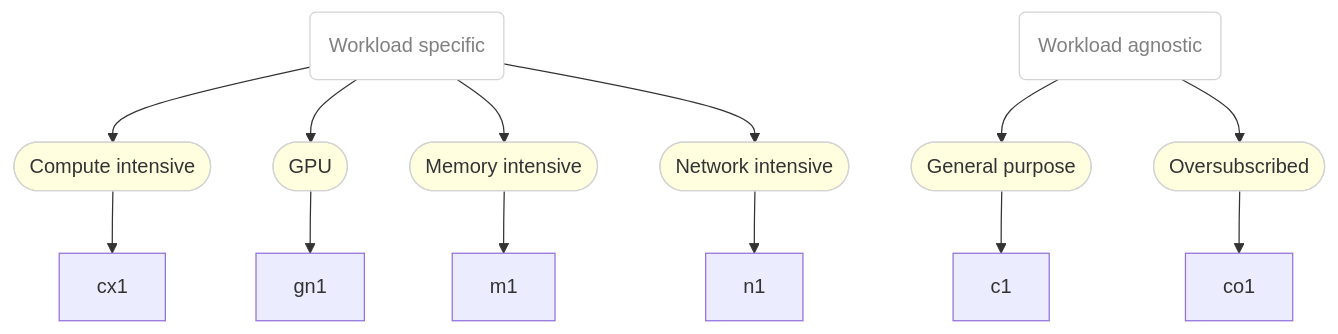
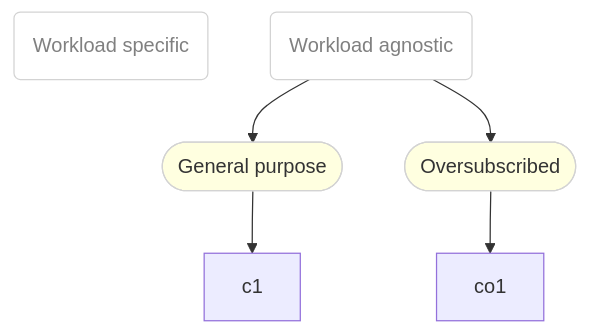
Before and after one commit to fabiand/instanceTypes: the diagram in README.md, drawn with Mermaid. The commit also changed other lines of this file and 24 other files, not shown here.

````diff
--- a/README.md
+++ b/README.md
@@ -30,31 +30,19 @@
 ```mermaid
 graph TD
 
 classDef grp fill:white,stroke:lightgray,color:gray
 classDef series fill:lightyellow,stroke:lightgray
 classDef instancetype fill:
 
 wrkld(Workload specific)
 nwrkld(Workload agnostic)
 class wrkld grp
 
 nwrkld:::grp --> Generalpurpose:::series
 Generalpurpose([General purpose]):::series --> c1:::instancetype
 
 nwrkld:::grp --> Oversubscribed:::series
 Oversubscribed([Oversubscribed]):::series --> co1:::instancetype
 
-wrkld:::grp --> Computeintensive:::series
-Computeintensive([Compute intensive]):::series --> cx1:::instancetype
-
-wrkld:::grp --> GPU:::series
-GPU([GPU]):::series --> gn1:::instancetype
-
-wrkld:::grp --> Memoryintensive:::series
-Memoryintensive([Memory intensive]):::series --> m1:::instancetype
-
-wrkld:::grp --> Networkintensive:::series
-Networkintensive([Network intensive]):::series --> n1:::instancetype
-
 
 ```
````
